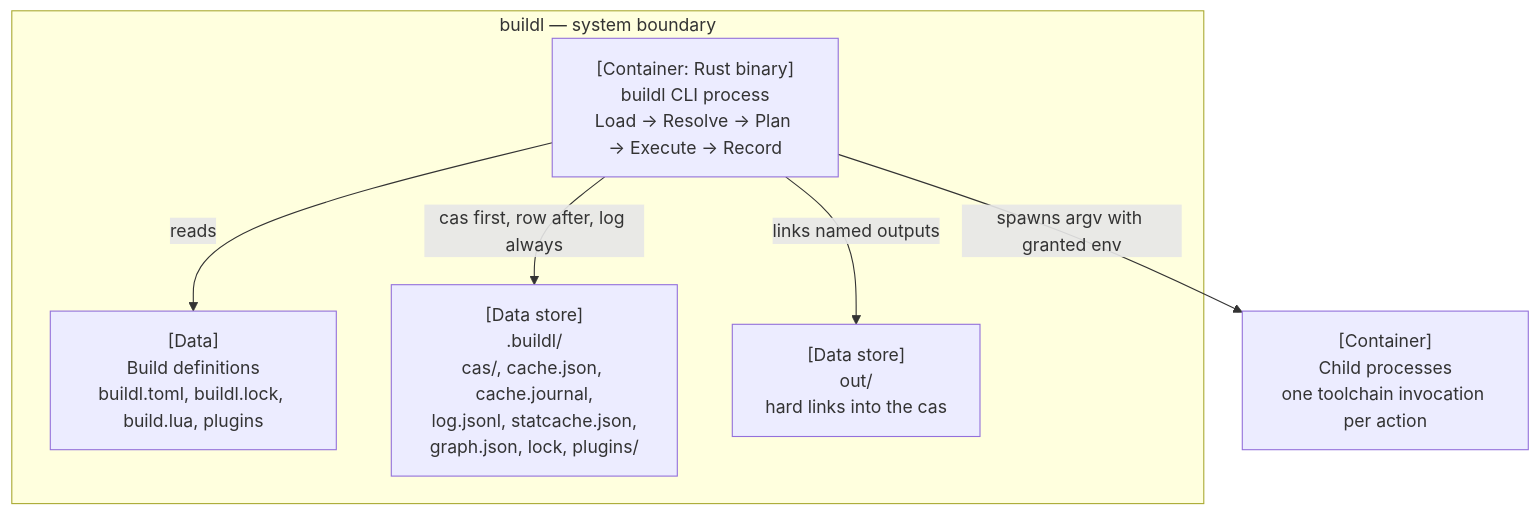
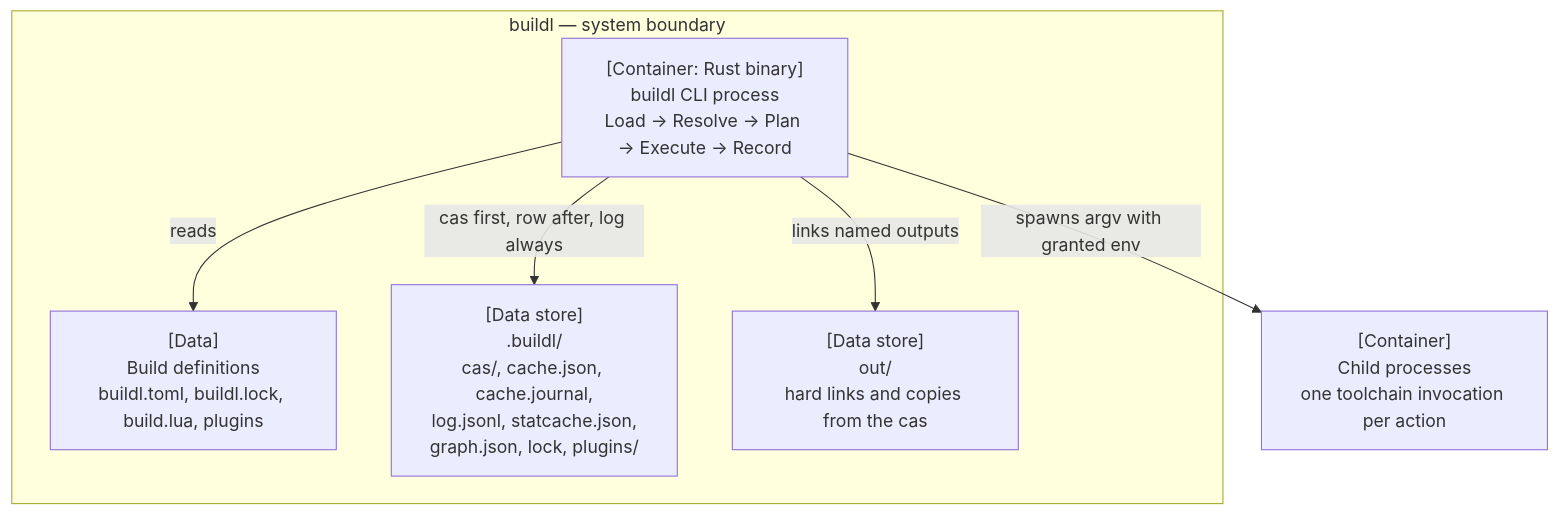
The fourth of 7 diagrams in book/src/ch11-03-four-crates.md (airsstack/buildl), drawn with Mermaid before and after one commit. The commit also changed other lines of this file and 24 other files, not shown here.

````diff
--- a/book/src/ch11-03-four-crates.md
+++ b/book/src/ch11-03-four-crates.md
@@ -144,15 +144,15 @@
 ```mermaid
 %% C4 level 2 — containers
 graph TD
     subgraph SYS["buildl — system boundary"]
         CLIP["[Container: Rust binary]<br/>buildl CLI process<br/>Load → Resolve → Plan → Execute → Record"]
         DEFS["[Data]<br/>Build definitions<br/>buildl.toml, buildl.lock, build.lua, plugins"]
         STATE["[Data store]<br/>.buildl/<br/>cas/, cache.json, cache.journal,<br/>log.jsonl, statcache.json,<br/>graph.json, lock, plugins/"]
-        OUT["[Data store]<br/>out/<br/>hard links into the cas"]
+        OUT["[Data store]<br/>out/<br/>hard links and copies from the cas"]
     end
     CHILD["[Container]<br/>Child processes<br/>one toolchain invocation per action"]
     CLIP -->|"reads"| DEFS
     CLIP -->|"cas first, row after, log always"| STATE
     CLIP -->|"links named outputs"| OUT
     CLIP -->|"spawns argv with granted env"| CHILD
 ```
````
